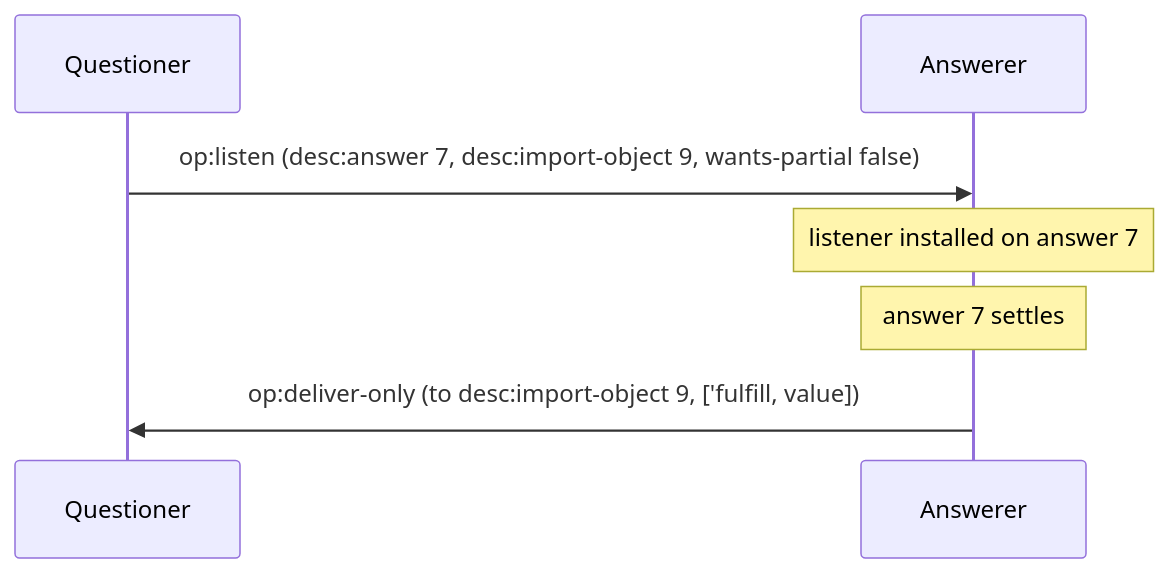
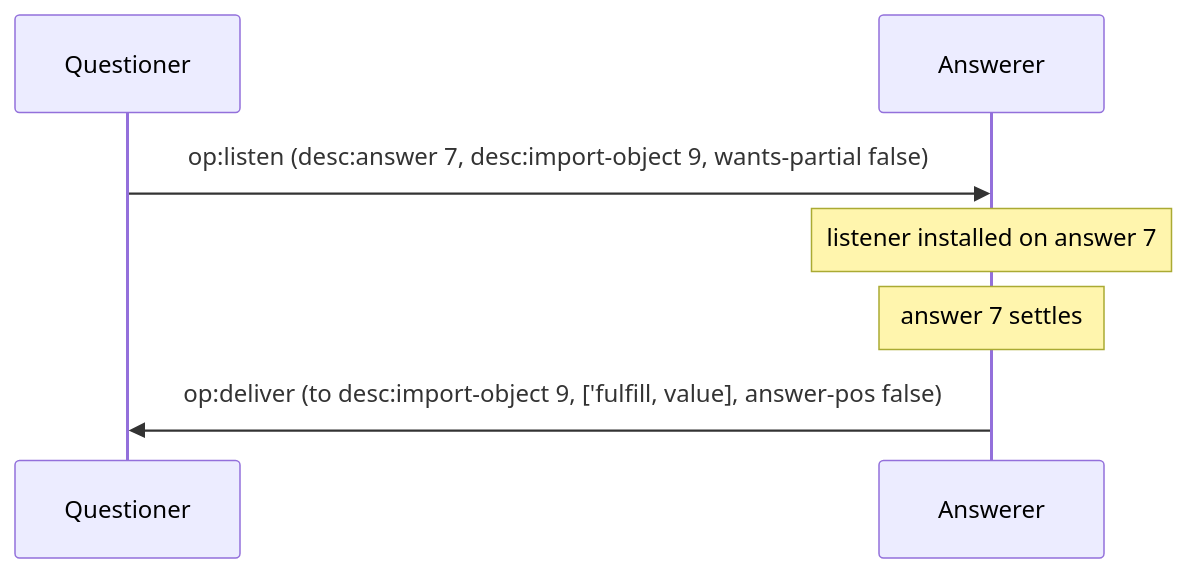
Before and after one commit to glowcap-org/glowcap: the fifth of 7 diagrams in docs/captp-examples/03-promises-and-pipelining.md, drawn with Mermaid. The commit also changed other lines of this file and 216 other files, not shown here.

````diff
--- a/docs/captp-examples/03-promises-and-pipelining.md
+++ b/docs/captp-examples/03-promises-and-pipelining.md
@@ -79,9 +79,9 @@
 ```mermaid
 sequenceDiagram
     participant Q as Questioner
     participant R as Answerer
     Q->>R: op:listen (desc:answer 7, desc:import-object 9, wants-partial false)
     Note over R: listener installed on answer 7
     Note over R: answer 7 settles
-    R->>Q: op:deliver-only (to desc:import-object 9, ['fulfill, value])
+    R->>Q: op:deliver (to desc:import-object 9, ['fulfill, value], answer-pos false)
 ```
````
